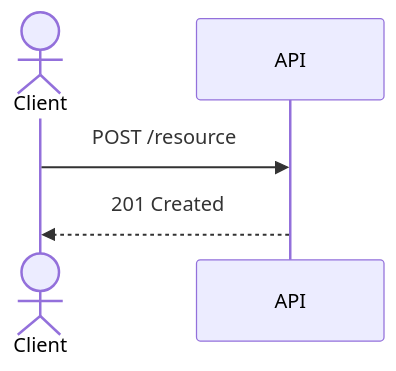
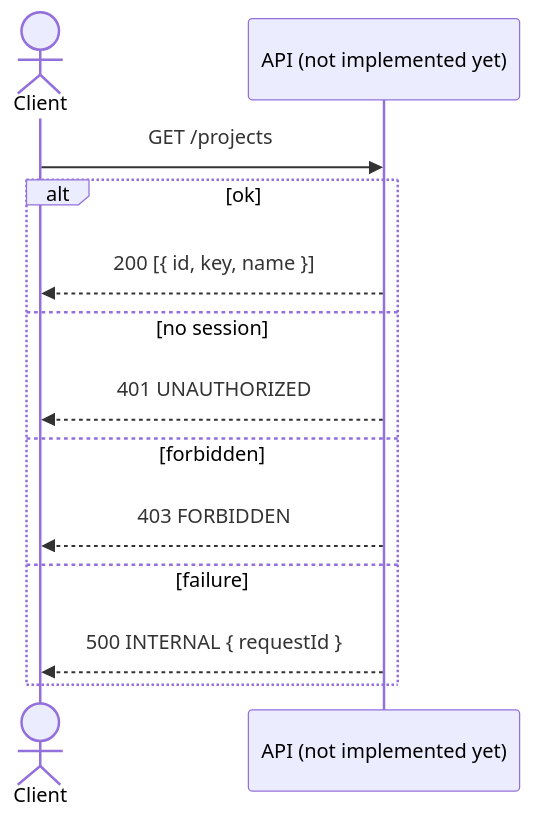
Before and after one commit to koklo-dev/koklo: the diagram in docs/api-contract.md, drawn with Mermaid. The commit also changed other lines of this file and 21 other files, not shown here.

````diff
--- a/docs/api-contract.md
+++ b/docs/api-contract.md
@@ -28,7 +68,15 @@
 ```mermaid
 sequenceDiagram
   actor C as Client
-  participant A as API
-  C->>A: POST /resource
-  A-->>C: 201 Created
+  participant A as API (not implemented yet)
+  C->>A: GET /projects
+  alt ok
+    A-->>C: 200 [{ id, key, name }]
+  else no session
+    A-->>C: 401 UNAUTHORIZED
+  else forbidden
+    A-->>C: 403 FORBIDDEN
+  else failure
+    A-->>C: 500 INTERNAL { requestId }
+  end
 ```
````
